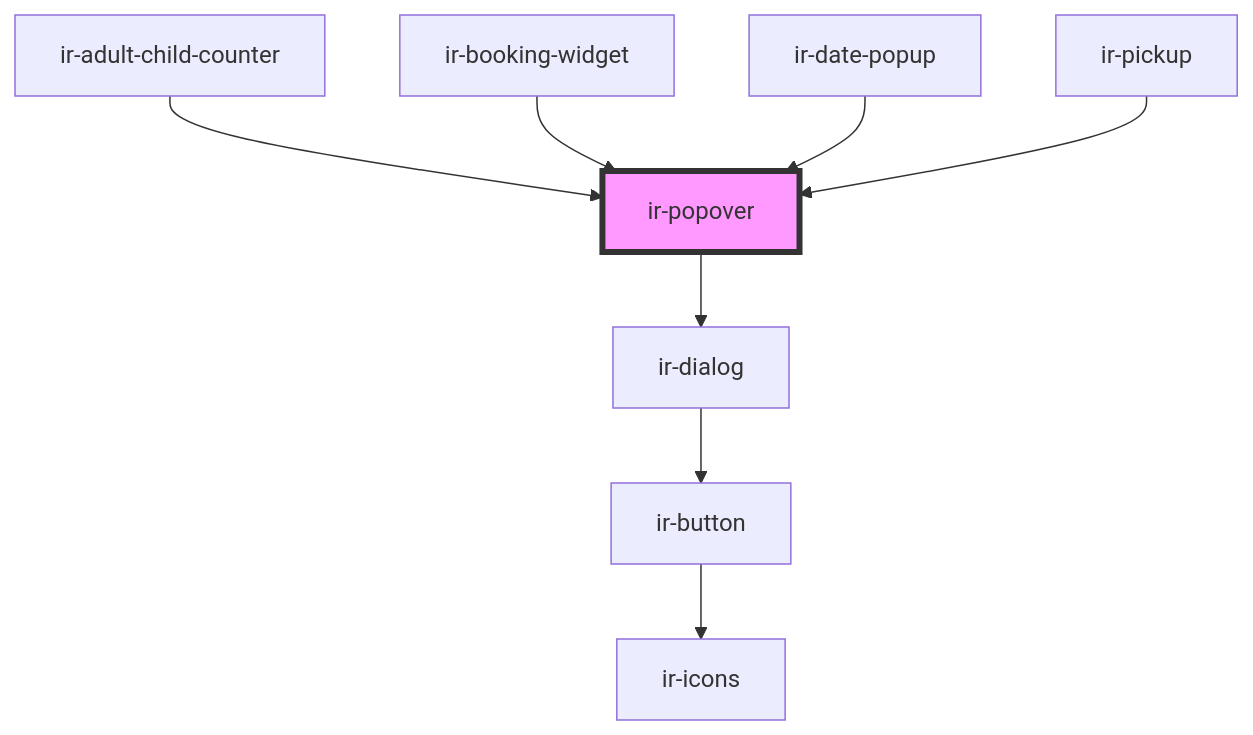
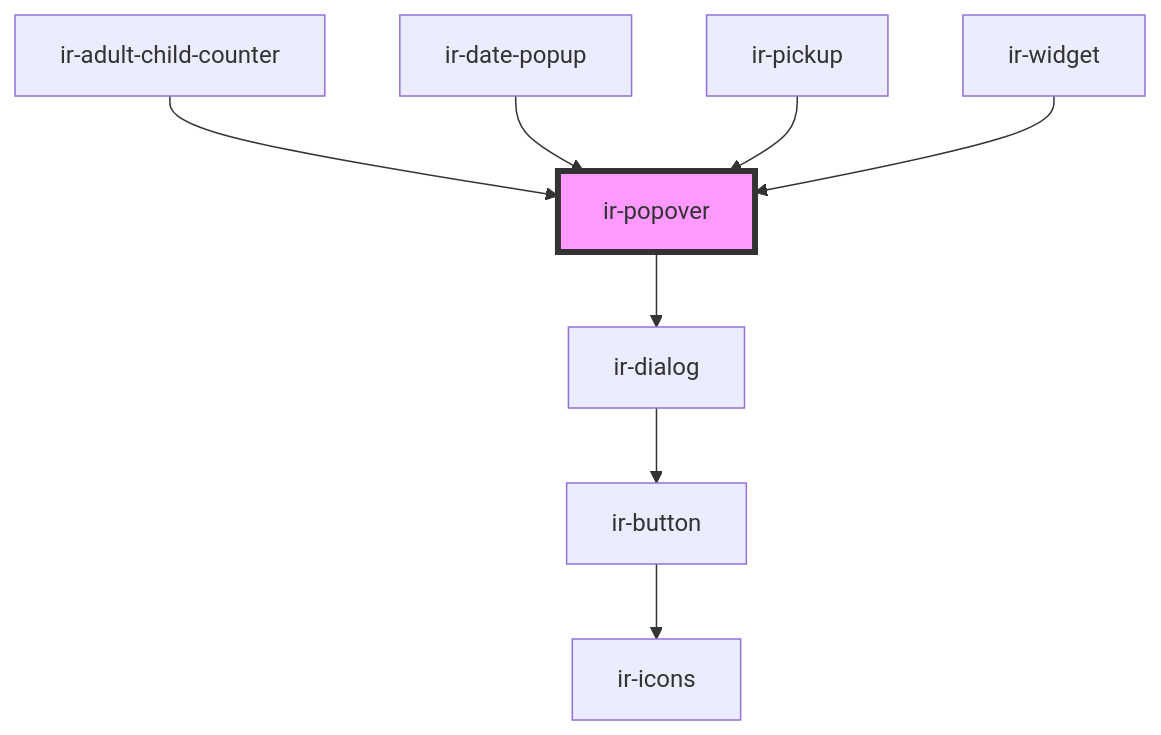
Before and after one commit to RonyRizk/ir-be: the diagram in src/components/ui/ir-popover/readme.md, drawn with Mermaid. The commit also changed other lines of this file and 144 other files, not shown here.

````diff
--- a/src/components/ui/ir-popover/readme.md
+++ b/src/components/ui/ir-popover/readme.md
@@ -53,11 +53,11 @@
 ```mermaid
 graph TD;
   ir-popover --> ir-dialog
   ir-dialog --> ir-button
   ir-button --> ir-icons
   ir-adult-child-counter --> ir-popover
-  ir-booking-widget --> ir-popover
   ir-date-popup --> ir-popover
   ir-pickup --> ir-popover
+  ir-widget --> ir-popover
   style ir-popover fill:#f9f,stroke:#333,stroke-width:4px
 ```
````
